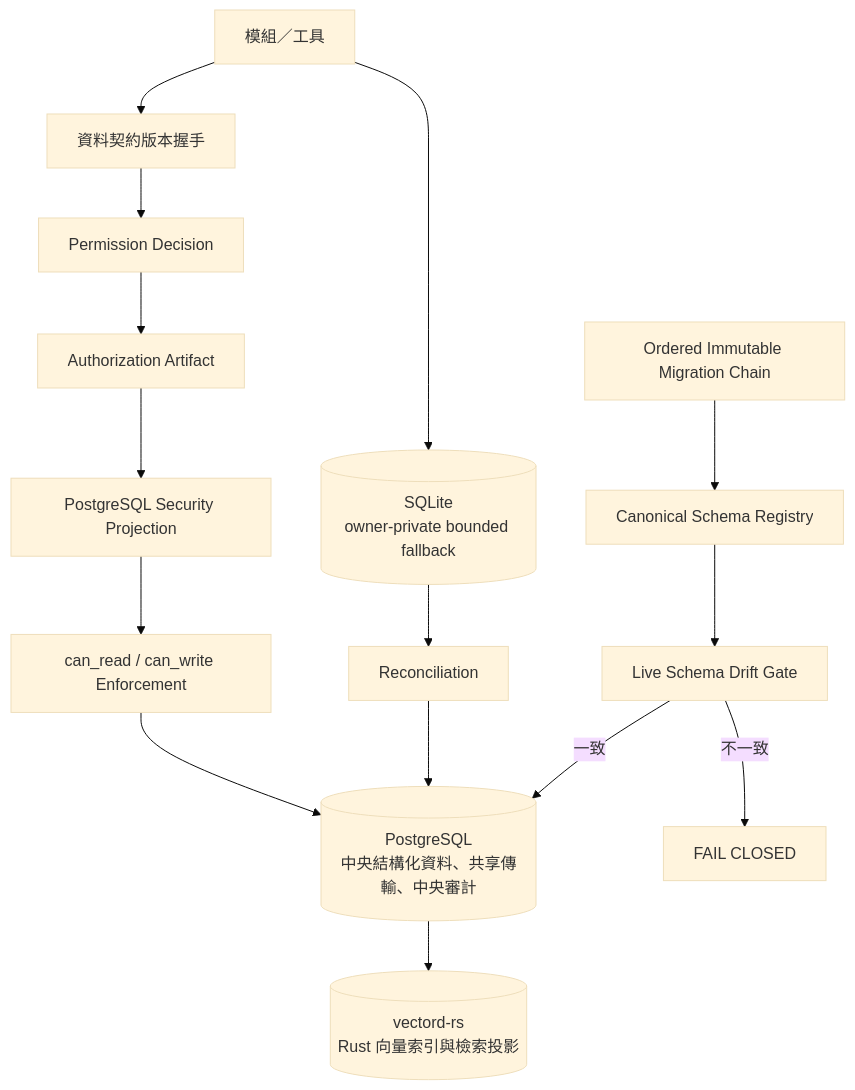
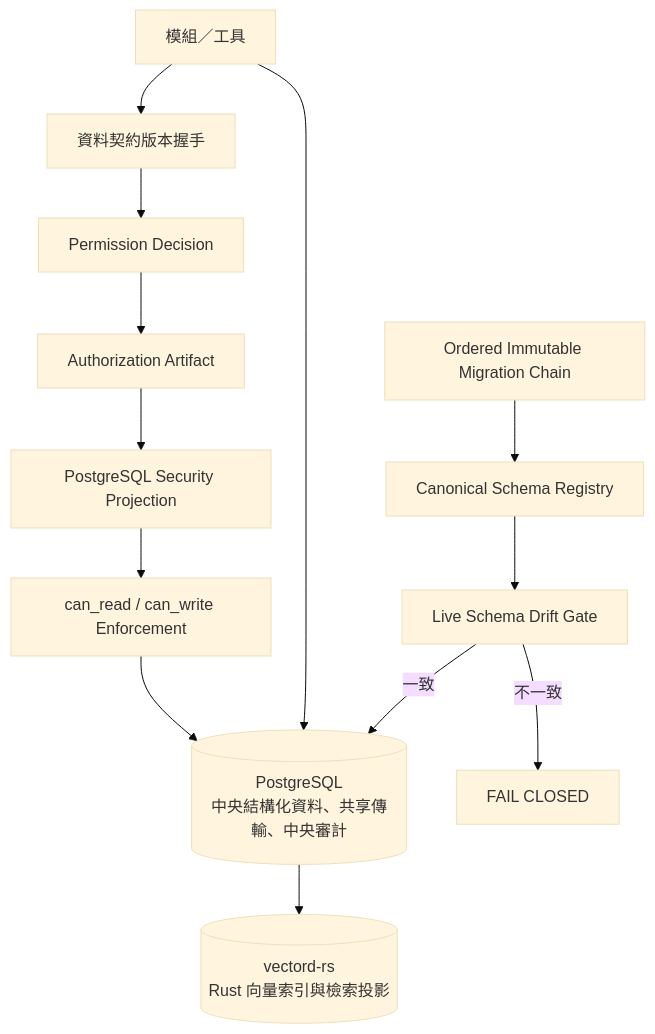
One commit to guilty442-source/GPTBridge changed the ninth of 11 diagrams in governance_rule/codex/architecture-project.md. Above: the diagram before and after it, drawn with Mermaid (base theme). The commit also changed other lines of this file and 62 other files, not shown here.

````diff
--- a/governance_rule/codex/architecture-project.md
+++ b/governance_rule/codex/architecture-project.md
@@ -321,19 +320,17 @@
 ```mermaid
 flowchart TB
   MOD[模組／工具] --> CONTRACT[資料契約版本握手]
   CONTRACT --> AUTHZ[Permission Decision]
   AUTHZ --> ART[Authorization Artifact]
   ART --> PROJ[PostgreSQL Security Projection]
   PROJ --> RW[can_read / can_write Enforcement]
 
   RW --> PG[(PostgreSQL<br/>中央結構化資料、共享傳輸、中央審計)]
   PG --> VD[(vectord-rs<br/>Rust 向量索引與檢索投影)]
-  MOD --> SQ[(SQLite<br/>owner-private bounded fallback)]
-  SQ --> REC[Reconciliation]
-  REC --> PG
+  MOD --> PG
 
   MIG[Ordered Immutable Migration Chain] --> SCHEMA[Canonical Schema Registry]
   SCHEMA --> DRIFT[Live Schema Drift Gate]
   DRIFT -->|一致| PG
   DRIFT -->|不一致| CLOSED[FAIL CLOSED]
 ```
````
